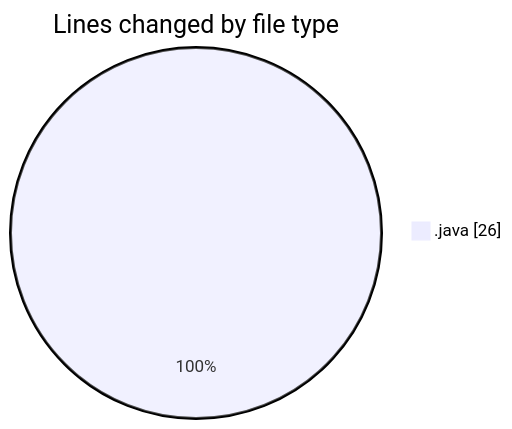
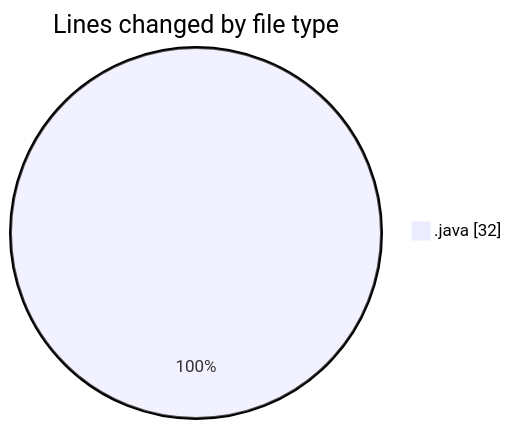
One commit to NitaiMahat/code-tracking changed the first of 2 diagrams in 2025-02-12/coding_prac_4/README.md. Above: the diagram before and after it, drawn with Mermaid. The commit also changed other lines of this file and 1 other file, not shown here.

````diff
--- a/2025-02-12/coding_prac_4/README.md
+++ b/2025-02-12/coding_prac_4/README.md
@@ -20,5 +20,5 @@
 ```mermaid
 pie showData
 title Lines changed by file type
-".java" : 26
+".java" : 32
 ```
````
